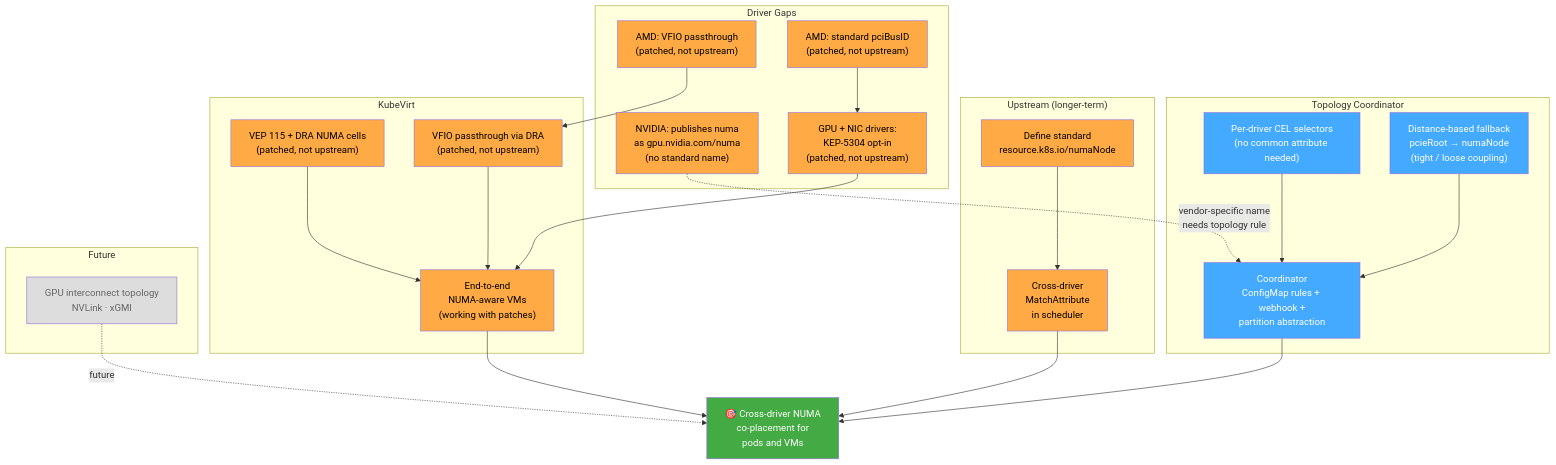
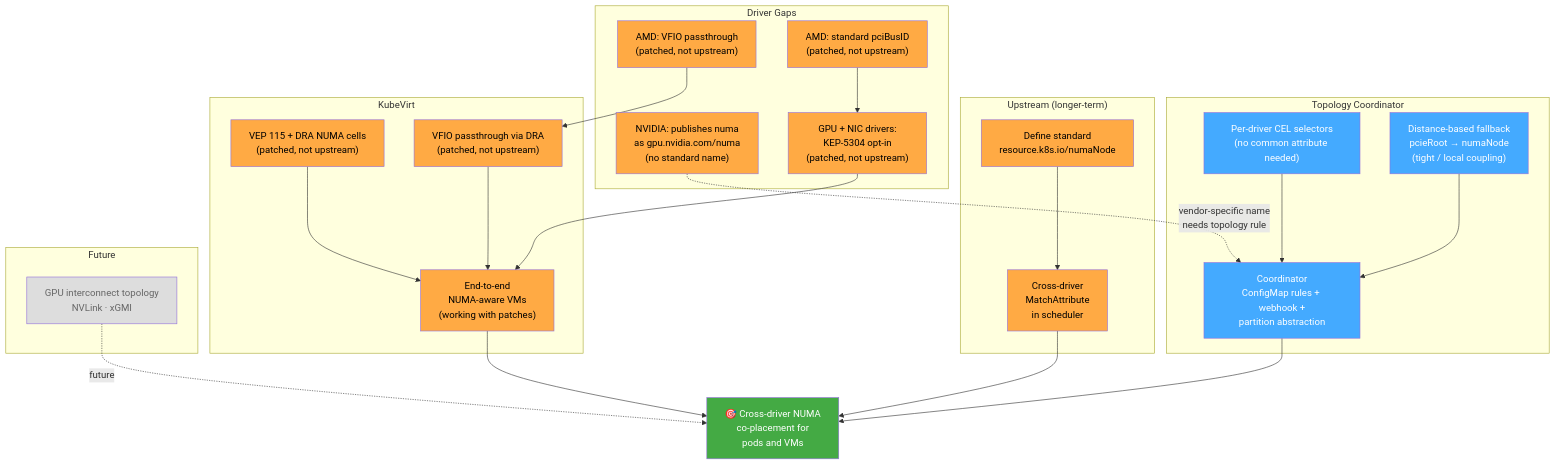
The diagram in README.md (johnahull/dra-topology-aware-co-placement), drawn with Mermaid before and after one commit. The commit also changed other lines of this file and 9 other files, not shown here.

````diff
--- a/README.md
+++ b/README.md
@@ -153,64 +153,64 @@
 ```mermaid
 graph TD
     GOAL["🎯 Cross-driver NUMA<br/>co-placement for<br/>pods and VMs"]
 
     subgraph "Topology Coordinator"
         COORD["Coordinator<br/>ConfigMap rules + webhook +<br/>partition abstraction"]
         PERDRIVER["Per-driver CEL selectors<br/>(no common attribute needed)"]
-        FALLBACK["Distance-based fallback<br/>pcieRoot → numaNode<br/>(tight / loose coupling)"]
+        FALLBACK["Distance-based fallback<br/>pcieRoot → numaNode<br/>(tight / local coupling)"]
     end
 
     subgraph "Upstream (longer-term)"
         STD_NUMA["Define standard<br/>resource.k8s.io/numaNode"]
         CROSS_MATCH["Cross-driver<br/>MatchAttribute<br/>in scheduler"]
     end
 
     subgraph "Driver Gaps"
         NVIDIA_NUMA["NVIDIA: publishes numa<br/>as gpu.nvidia.com/numa<br/>(no standard name)"]
         AMD_VFIO["AMD: VFIO passthrough<br/>(patched, not upstream)"]
         AMD_PCIBUSID["AMD: standard pciBusID<br/>(patched, not upstream)"]
         KEP5304["GPU + NIC drivers:<br/>KEP-5304 opt-in<br/>(patched, not upstream)"]
     end
 
     subgraph "KubeVirt"
         VEP115["VEP 115 + DRA NUMA cells<br/>(patched, not upstream)"]
         KV_VFIO["VFIO passthrough via DRA<br/>(patched, not upstream)"]
         KV_FULL["End-to-end<br/>NUMA-aware VMs<br/>(working with patches)"]
     end
 
     COORD --> GOAL
     PERDRIVER --> COORD
     FALLBACK --> COORD
     STD_NUMA --> CROSS_MATCH
     CROSS_MATCH --> GOAL
 
     NVIDIA_NUMA -.->|"vendor-specific name<br/>needs topology rule"| COORD
     AMD_PCIBUSID --> KEP5304
     AMD_VFIO --> KV_VFIO
     KEP5304 --> KV_FULL
 
     VEP115 --> KV_FULL
     KV_VFIO --> KV_FULL
     KV_FULL --> GOAL
 
     subgraph "Future"
         GPU_TOPO["GPU interconnect topology<br/>NVLink · xGMI"]
     end
 
     GPU_TOPO -.->|"future"| GOAL
 
     style GOAL fill:#4a4,color:#fff
     style COORD fill:#4af,color:#fff
     style PERDRIVER fill:#4af,color:#fff
     style FALLBACK fill:#4af,color:#fff
     style NVIDIA_NUMA fill:#fa4,color:#000
     style AMD_VFIO fill:#fa4,color:#000
     style AMD_PCIBUSID fill:#fa4,color:#000
     style KEP5304 fill:#fa4,color:#000
     style STD_NUMA fill:#fa4,color:#000
     style CROSS_MATCH fill:#fa4,color:#000
     style VEP115 fill:#fa4,color:#000
     style KV_VFIO fill:#fa4,color:#000
     style KV_FULL fill:#fa4,color:#000
     style GPU_TOPO fill:#ddd,color:#666
 ```
````
